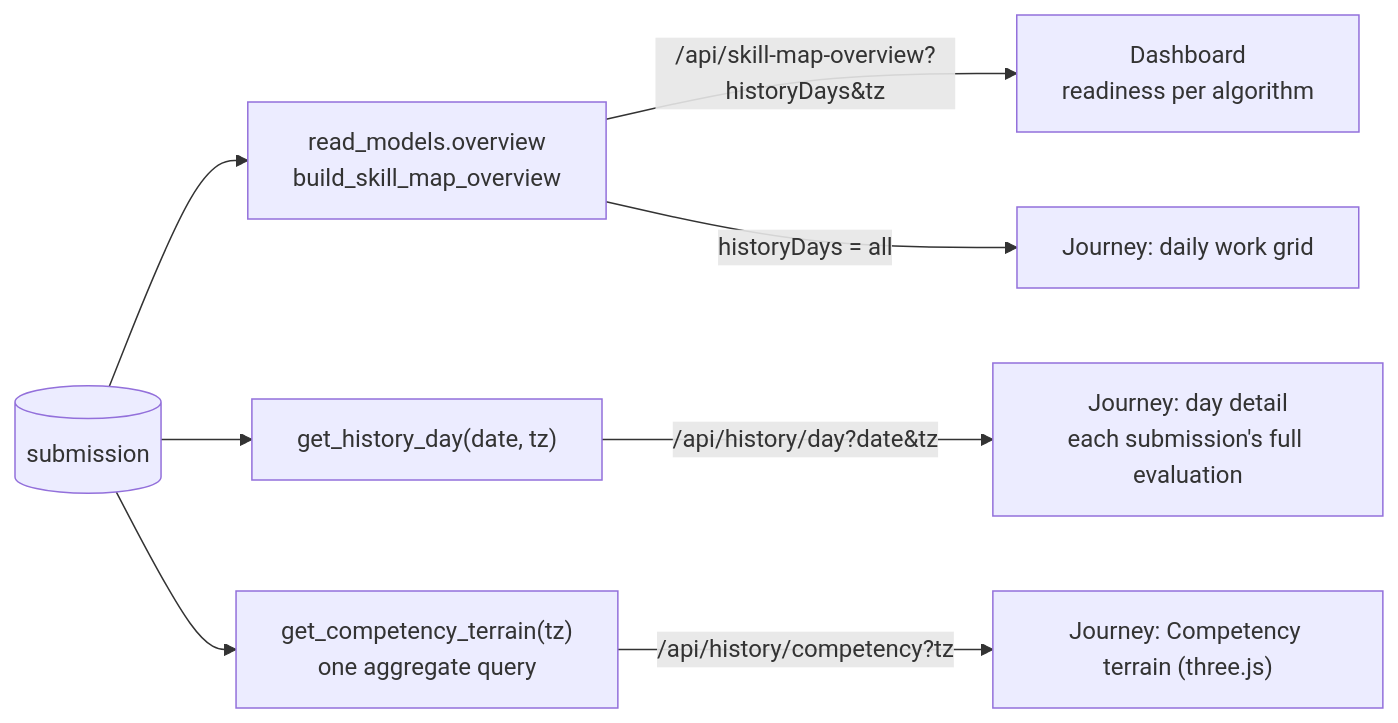
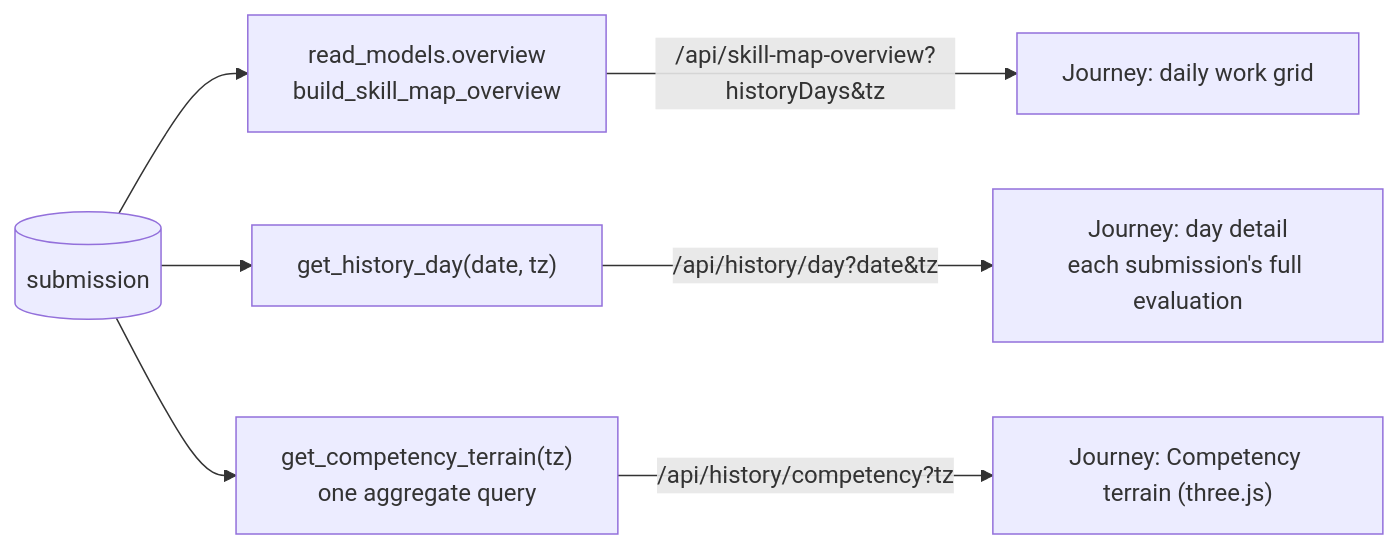
Before and after one commit to maxmarzolf/system1: the fourth of 5 diagrams in docs/data-flow.md, drawn with Mermaid. The commit also changed other lines of this file and 49 other files, not shown here.

````diff
--- a/docs/data-flow.md
+++ b/docs/data-flow.md
@@ -140,10 +138,9 @@
 ```mermaid
 flowchart LR
   DB[("submission")] --> O["read_models.overview<br/>build_skill_map_overview"]
   DB --> HD["get_history_day(date, tz)"]
   DB --> SH["get_competency_terrain(tz)<br/>one aggregate query"]
-  O -->|"/api/skill-map-overview?historyDays&tz"| Dash["Dashboard<br/>readiness per algorithm"]
-  O -->|"historyDays = all"| Grid["Journey: daily work grid"]
+  O -->|"/api/skill-map-overview?historyDays&tz"| Grid["Journey: daily work grid"]
   SH -->|"/api/history/competency?tz"| Terrain["Journey: Competency terrain (three.js)"]
   HD -->|"/api/history/day?date&tz"| Day["Journey: day detail<br/>each submission's full evaluation"]
 ```
````
